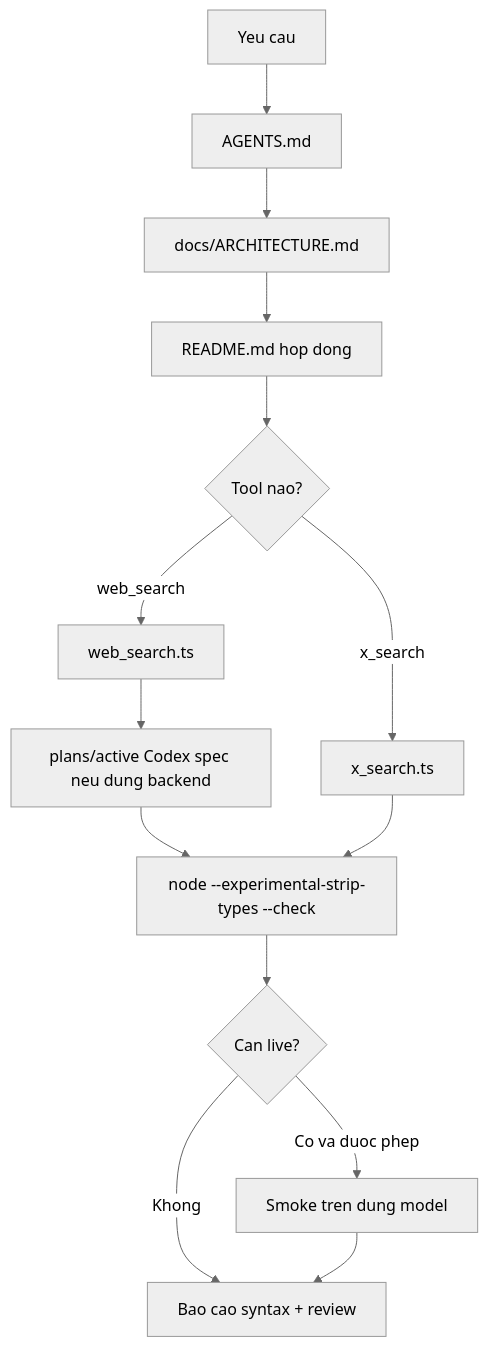
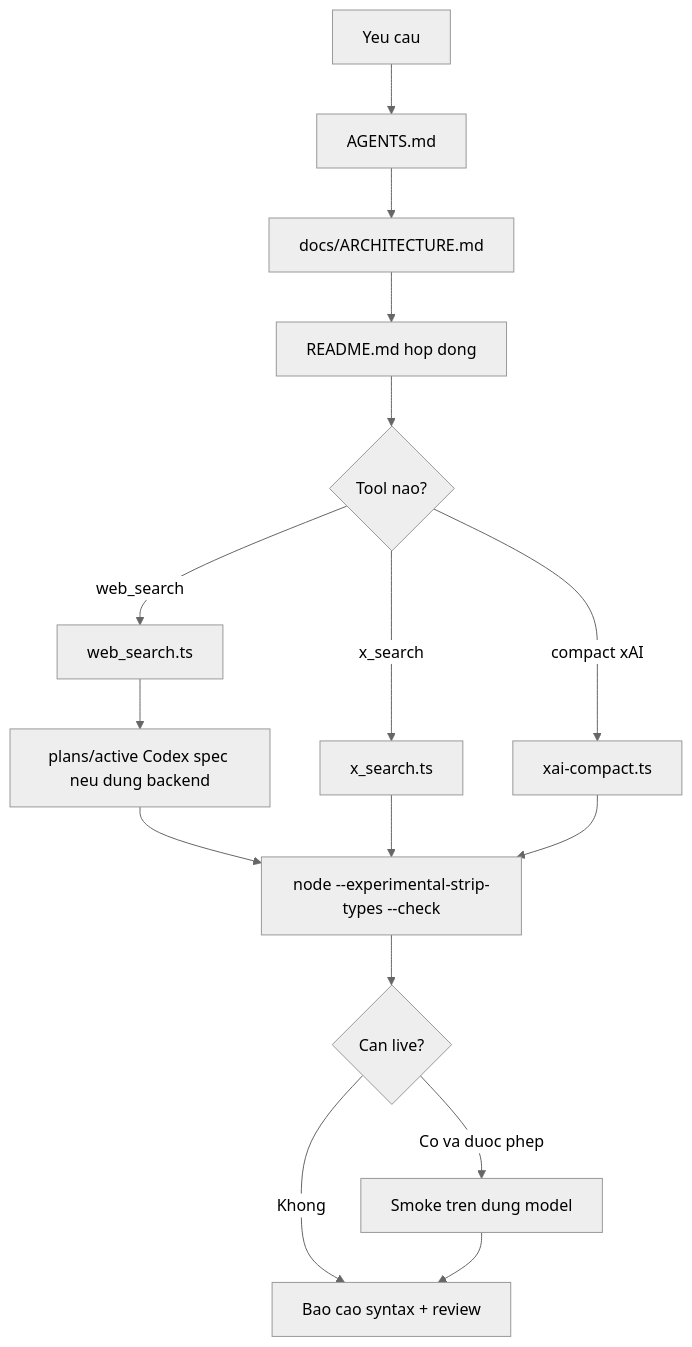
The first of 5 diagrams in docs/ARCHITECTURE.md (thoitiettxl-cyber/xAI-pi), drawn with Mermaid (neutral theme) before and after one commit. The commit also changed other lines of this file and 4 other files, not shown here.

````diff
--- a/docs/ARCHITECTURE.md
+++ b/docs/ARCHITECTURE.md
@@ -44,16 +46,18 @@
 ```mermaid
 flowchart TD
   start[Yeu cau] --> agents[AGENTS.md]
   agents --> arch[docs/ARCHITECTURE.md]
   arch --> readme[README.md hop dong]
   readme --> which{Tool nao?}
   which -->|web_search| ws[web_search.ts]
   which -->|x_search| xs[x_search.ts]
+  which -->|compact xAI| xc[xai-compact.ts]
   ws --> spec[plans/active Codex spec neu dung backend]
   spec --> check[node --experimental-strip-types --check]
   xs --> check
+  xc --> check
   check --> live{Can live?}
   live -->|Khong| done[Bao cao syntax + review]
   live -->|Co va duoc phep| smoke[Smoke tren dung model]
   smoke --> done
 ```
````
